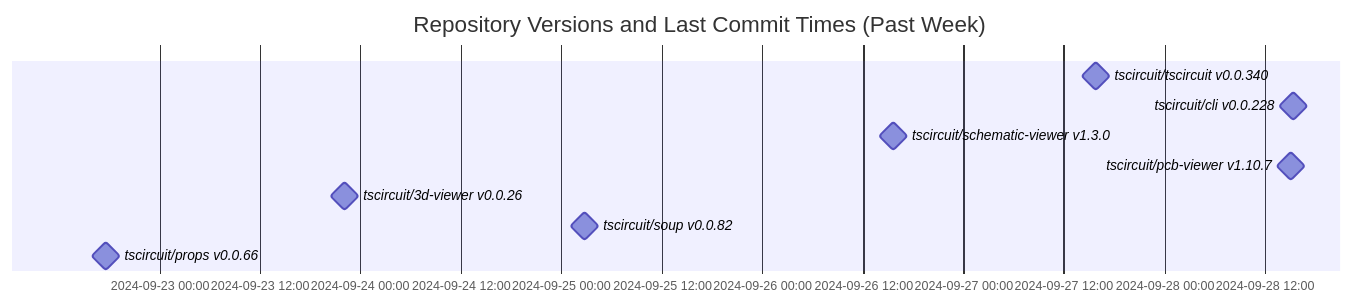
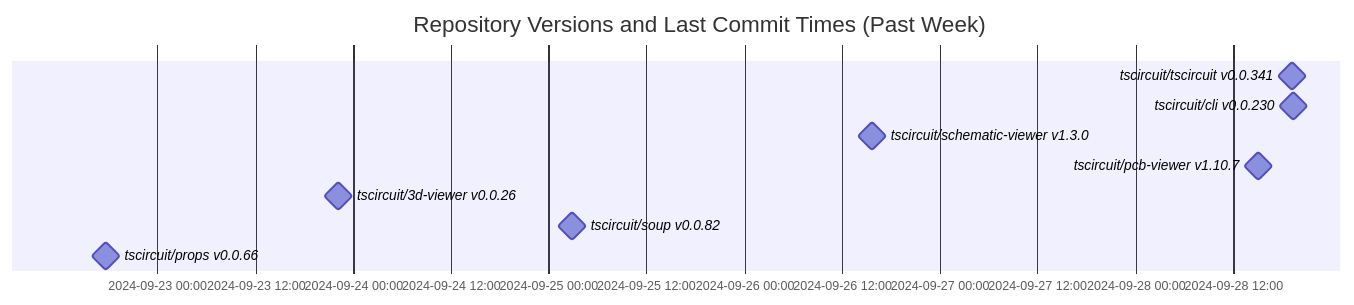
Before and after one commit to tscircuit/version-tracker: the diagram in README.md, drawn with Mermaid.

Commit message:
Update chart

````diff
--- a/README.md
+++ b/README.md
@@ -1,14 +1,14 @@
 ```mermaid
 gantt
   dateFormat  YYYY-MM-DD HH:mm:ss
   title Repository Versions and Last Commit Times (Past Week)
   axisFormat %Y-%m-%d %H:%M
 
-  tscircuit/tscircuit v0.0.340 : milestone, 2024-09-27 15:50:01, 1s
-  tscircuit/cli v0.0.228 : milestone, 2024-09-28 15:23:59, 1s
+  tscircuit/tscircuit v0.0.341 : milestone, 2024-09-28 19:18:49, 1s
+  tscircuit/cli v0.0.230 : milestone, 2024-09-28 19:24:20, 1s
   tscircuit/schematic-viewer v1.3.0 : milestone, 2024-09-26 15:39:47, 1s
   tscircuit/pcb-viewer v1.10.7 : milestone, 2024-09-28 15:06:22, 1s
   tscircuit/3d-viewer v0.0.26 : milestone, 2024-09-23 22:06:33, 1s
   tscircuit/soup v0.0.82 : milestone, 2024-09-25 02:48:20, 1s
   tscircuit/props v0.0.66 : milestone, 2024-09-22 17:38:44, 1s
 ```
````
